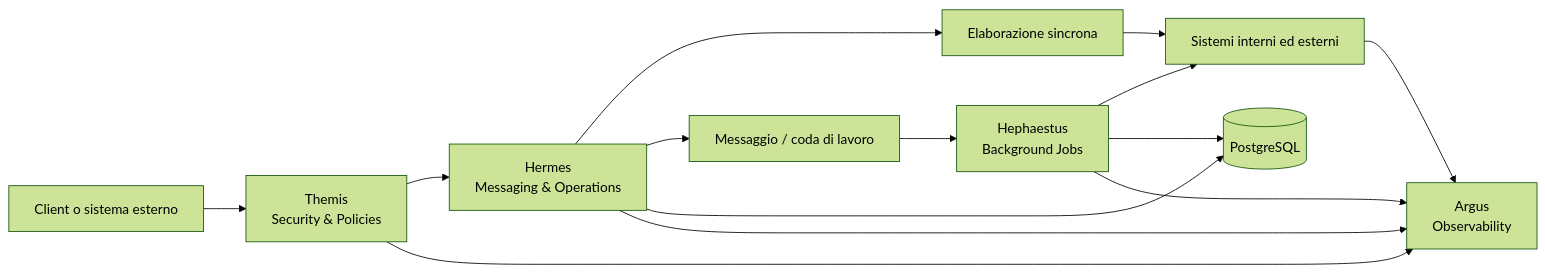
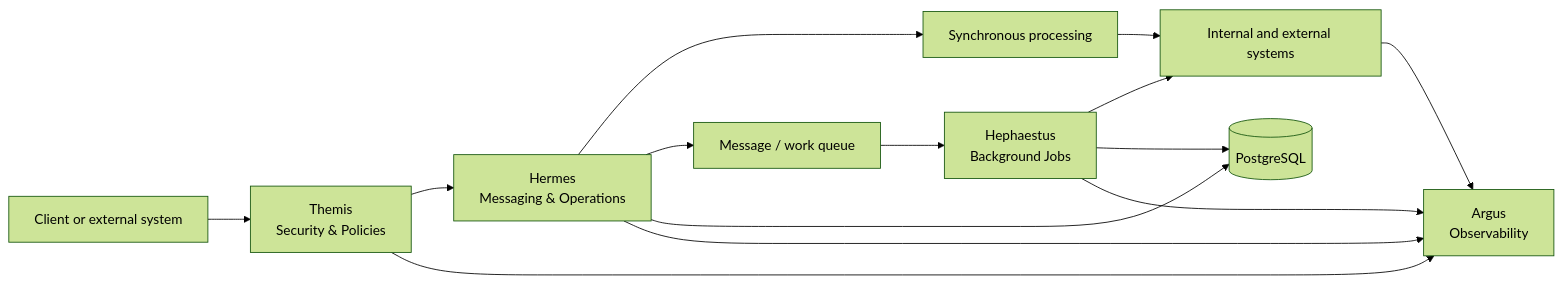
One commit to VincenzoMatonti/PantheonOperationPlatform changed the first of 2 diagrams in README.md. Above: the diagram before and after it, drawn with Mermaid (forest theme). The commit also changed other lines of this file and 14 other files, not shown here.

````diff
--- a/README.md
+++ b/README.md
@@ -68,17 +68,17 @@
 ```mermaid
 flowchart LR
-    Consumer[Client o sistema esterno] --> Themis[Themis\nSecurity & Policies]
+    Consumer[Client or external system] --> Themis[Themis\nSecurity & Policies]
     Themis --> Hermes[Hermes\nMessaging & Operations]
-    Hermes --> Sync[Elaborazione sincrona]
-    Hermes --> Queue[Messaggio / coda di lavoro]
+    Hermes --> Sync[Synchronous processing]
+    Hermes --> Queue[Message / work queue]
     Queue --> Hephaestus[Hephaestus\nBackground Jobs]
-    Hephaestus --> Target[Sistemi interni ed esterni]
+    Hephaestus --> Target[Internal and external systems]
     Sync --> Target
 
     Hermes --> Persistence[(PostgreSQL)]
     Hephaestus --> Persistence
     Hermes --> Argus[Argus\nObservability]
     Hephaestus --> Argus
     Themis --> Argus
     Target --> Argus
 ```
````
